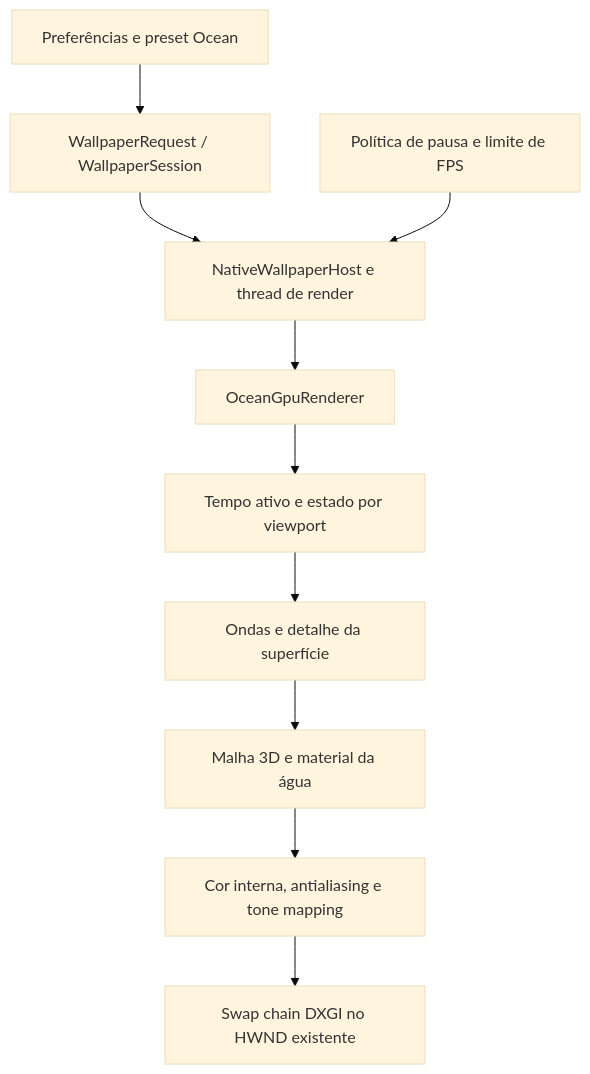
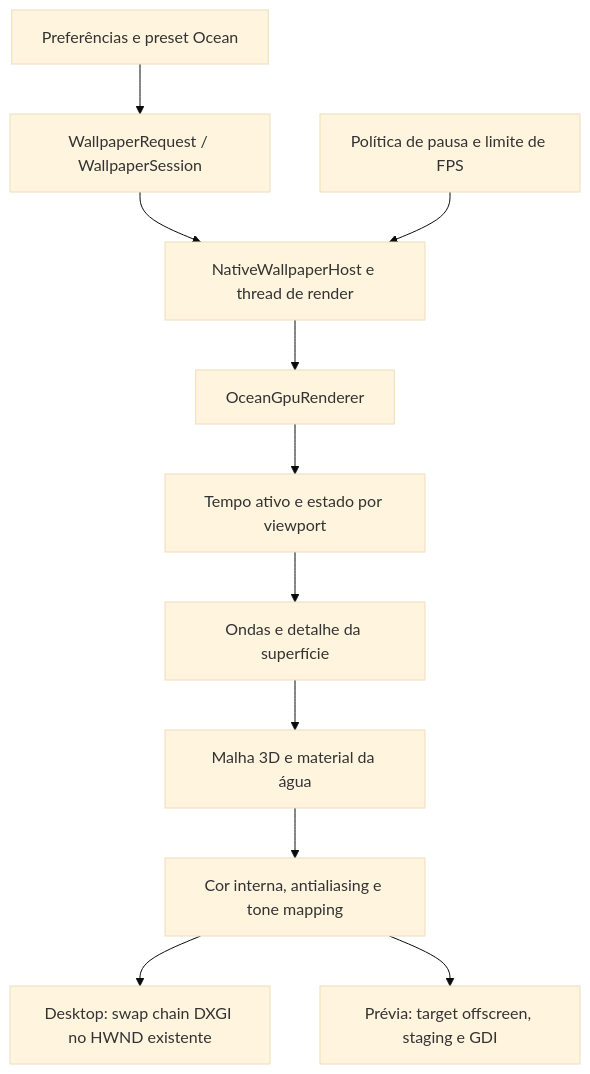
One commit to mablook/AnimatedWallPaperHYPNIX- changed the diagram in docs/OCEAN_WALLPAPER_PLAN.md. Above: the diagram before and after it, drawn with Mermaid (base theme). The commit also changed other lines of this file and 39 other files, not shown here.

````diff
--- a/docs/OCEAN_WALLPAPER_PLAN.md
+++ b/docs/OCEAN_WALLPAPER_PLAN.md
@@ -70,12 +71,13 @@
 ```mermaid
 flowchart TD
     A[Preferências e preset Ocean] --> B[WallpaperRequest / WallpaperSession]
     B --> C[NativeWallpaperHost e thread de render]
     C --> D[OceanGpuRenderer]
     D --> E[Tempo ativo e estado por viewport]
     E --> F[Ondas e detalhe da superfície]
     F --> G[Malha 3D e material da água]
     G --> H[Cor interna, antialiasing e tone mapping]
-    H --> I[Swap chain DXGI no HWND existente]
+    H --> I[Desktop: swap chain DXGI no HWND existente]
+    H --> K[Prévia: target offscreen, staging e GDI]
     J[Política de pausa e limite de FPS] --> C
 ```
````
